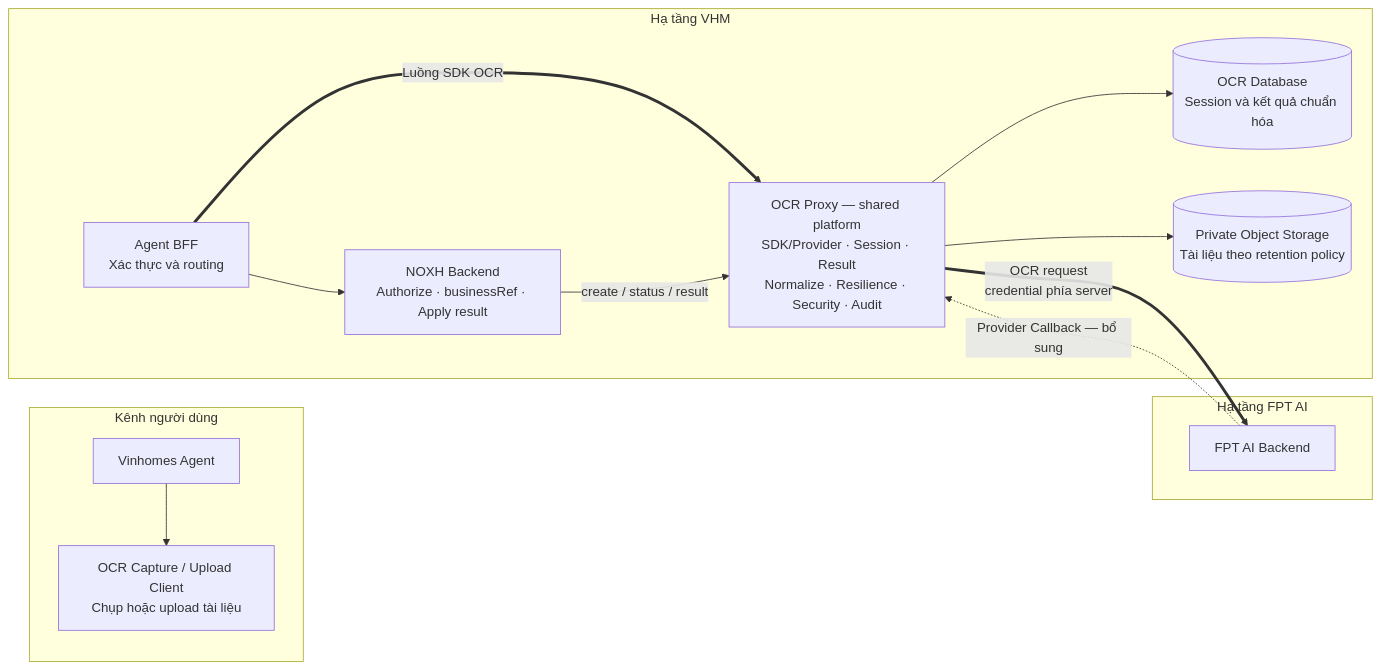
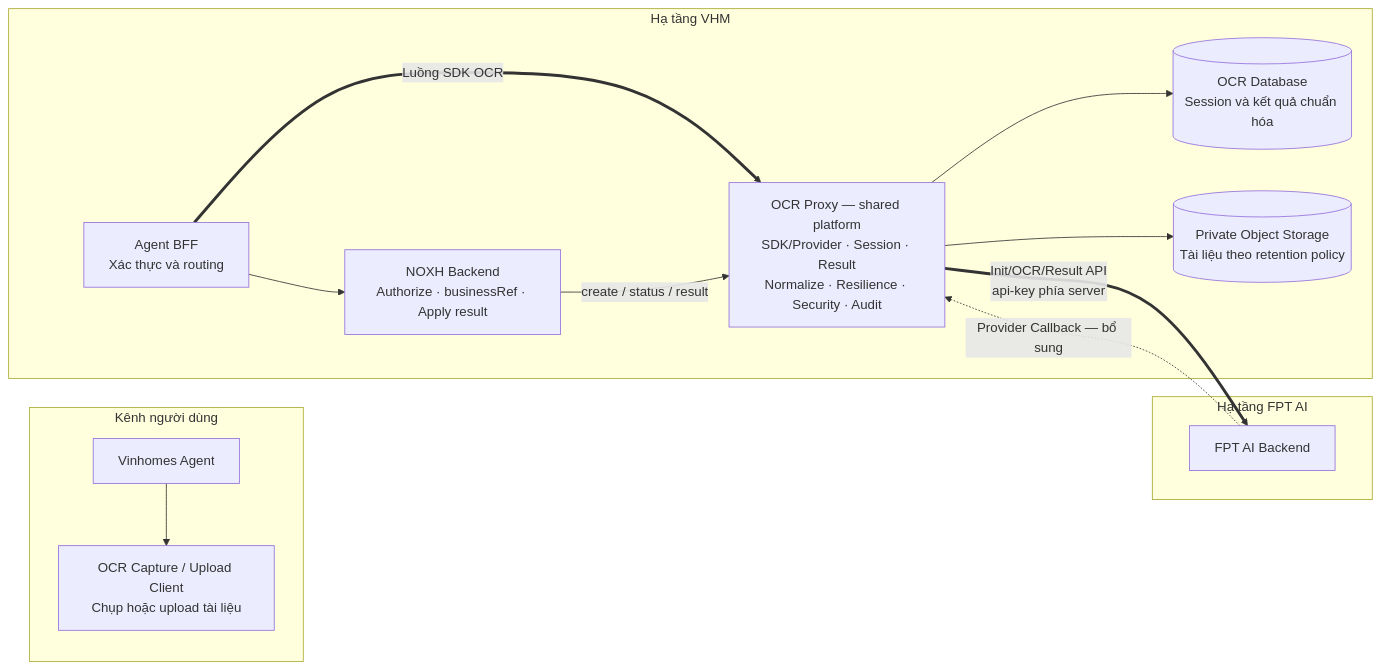
The first of 9 diagrams in noxh.md (huynv-xyz/vhm), drawn with Mermaid before and after one commit. The commit also changed other lines of this file, not shown here.

````diff
--- a/noxh.md
+++ b/noxh.md
@@ -139,30 +139,30 @@
 ```mermaid
 flowchart LR
     subgraph CLIENT["Kênh người dùng"]
         AGENT["Vinhomes Agent"]
         SDK["OCR Capture / Upload Client<br/>Chụp hoặc upload tài liệu"]
         AGENT --> SDK
     end
 
     subgraph VHM["Hạ tầng VHM"]
         BFF["Agent BFF<br/>Xác thực và routing"]
         NOXH["NOXH Backend<br/>Authorize · businessRef · Apply result"]
         PROXY["OCR Proxy — shared platform<br/>SDK/Provider · Session · Result<br/>Normalize · Resilience · Security · Audit"]
         DB[("OCR Database<br/>Session và kết quả chuẩn hóa")]
         MEDIA[("Private Object Storage<br/>Tài liệu theo retention policy")]
 
         BFF --> NOXH
         BFF ==>|"Luồng SDK OCR"| PROXY
         NOXH -->|"create / status / result"| PROXY
         PROXY --> DB
         PROXY --> MEDIA
     end
 
     subgraph FPT["Hạ tầng FPT AI"]
         PROVIDER["FPT AI Backend"]
     end
 
-    PROXY ==>|"OCR request<br/>credential phía server"| PROVIDER
+    PROXY ==>|"Init/OCR/Result API<br/>api-key phía server"| PROVIDER
     PROVIDER -.->|"Provider Callback — bổ sung"| PROXY
 
 ```
````
